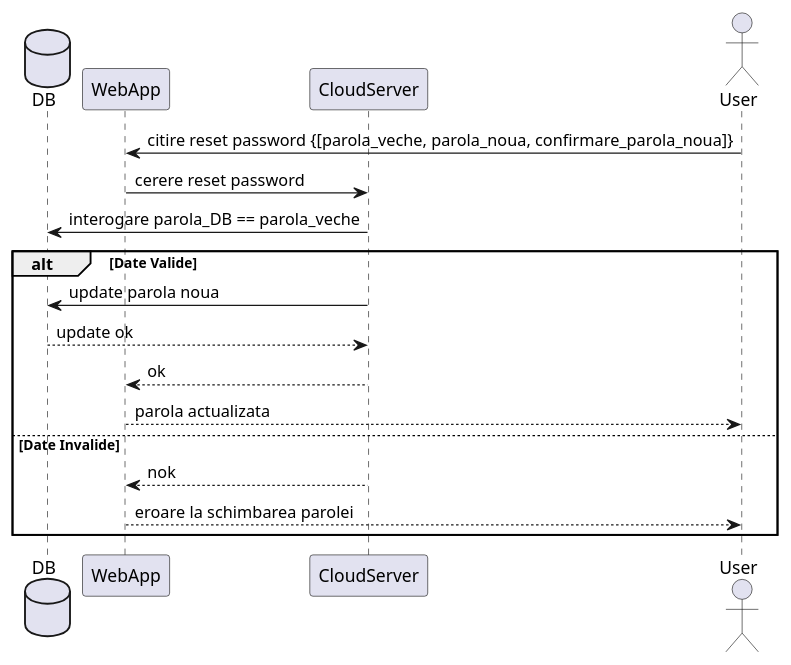
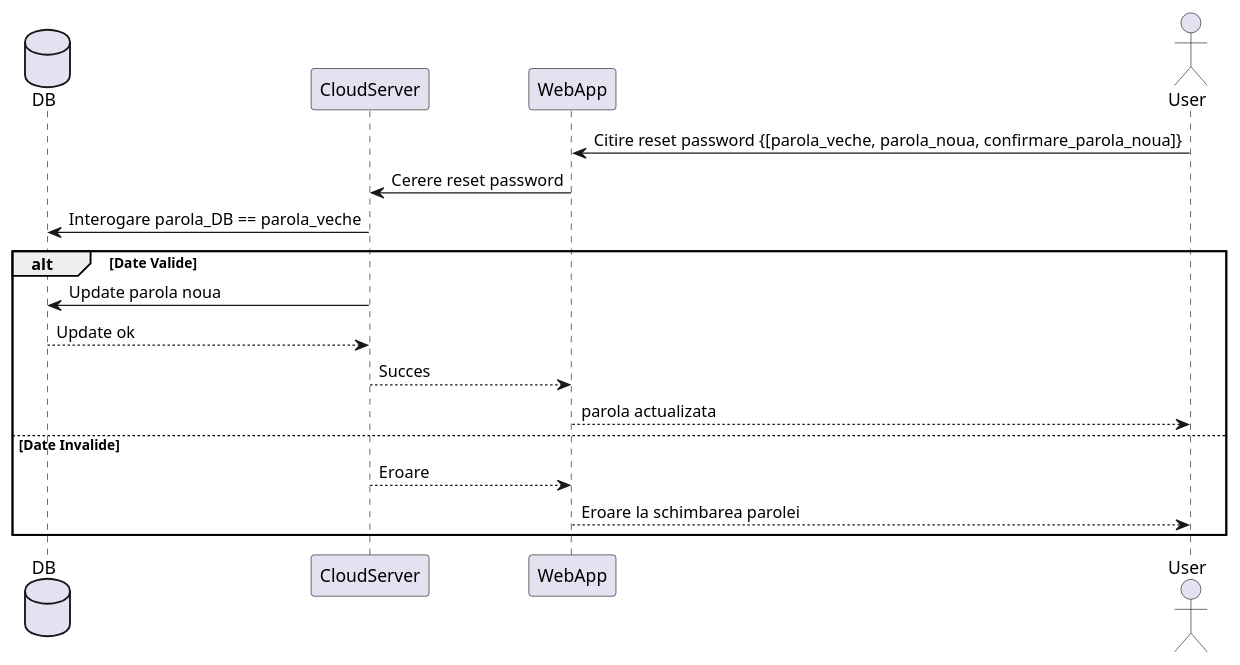
Before and after one commit to BVasi/ProiectIP: the diagram in Sequence_DG/WebApp/reset_password.plantuml, drawn with PlantUML. The commit also changed 12 other files, not shown here.

Commit message:
Modificare diagrame

```diff
--- a/Sequence_DG/WebApp/reset_password.plantuml
+++ b/Sequence_DG/WebApp/reset_password.plantuml
@@ -1,21 +1,21 @@
-@startuml reset_password
+@startuml Reset_password
 
 database DB
+participant CloudServer
 participant WebApp
-participant CloudServer
 actor User
 
-User -> WebApp: citire reset password {[parola_veche, parola_noua, confirmare_parola_noua]}
-WebApp -> CloudServer: cerere reset password
-CloudServer -> DB: interogare parola_DB == parola_veche
+User -> WebApp: Citire reset password {[parola_veche, parola_noua, confirmare_parola_noua]}
+WebApp -> CloudServer: Cerere reset password
+CloudServer -> DB: Interogare parola_DB == parola_veche
 alt Date Valide
-    CloudServer -> DB: update parola noua
-    DB --> CloudServer: update ok
-    CloudServer --> WebApp: ok
+    CloudServer -> DB: Update parola noua
+    DB --> CloudServer: Update ok
+    CloudServer --> WebApp: Succes
     WebApp --> User: parola actualizata
 else Date Invalide
-    CloudServer --> WebApp: nok
-    WebApp --> User: eroare la schimbarea parolei
+    CloudServer --> WebApp: Eroare
+    WebApp --> User: Eroare la schimbarea parolei
 end
 
 @enduml
```
